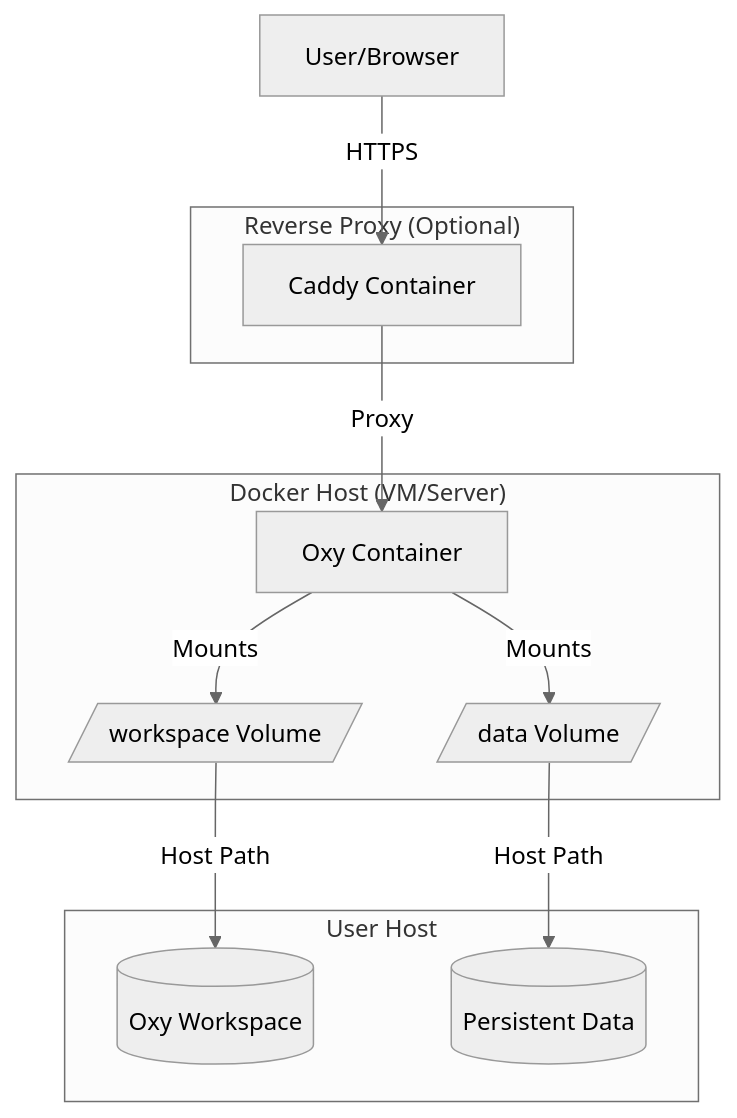
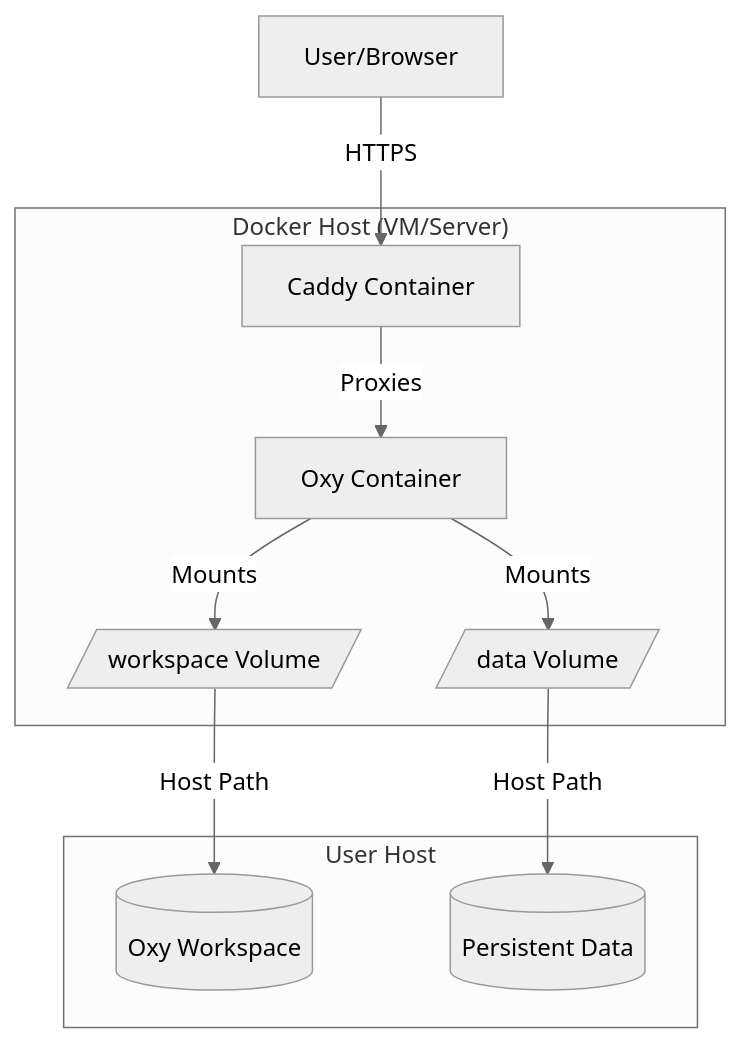
Before and after one commit to oxy-hq/oxy: the diagram in docs/deployment/docker.mdx, drawn with Mermaid (neutral theme). The commit also changed other lines of this file and 2 other files, not shown here.

````diff
--- a/docs/deployment/docker.mdx
+++ b/docs/deployment/docker.mdx
@@ -46,26 +56,23 @@
 ```mermaid
 flowchart TD
   subgraph User Host
     Workspace[(Oxy Workspace)]
     Data[(Persistent Data)]
   end
 
   subgraph DockerHost["Docker Host (VM/Server)"]
     Oxy[Oxy Container]
+    Caddy[Caddy Container]
     DataVol[/data Volume/]
     WorkspaceVol[/workspace Volume/]
     Oxy-->|Mounts|WorkspaceVol
     Oxy-->|Mounts|DataVol
-  end
-
-  subgraph ReverseProxy["Reverse Proxy (Optional)"]
-    Caddy[Caddy Container]
+    Caddy-->|Proxies|Oxy
   end
 
   User[User/Browser]
   User-->|HTTPS|Caddy
-  Caddy-->|Proxy|Oxy
 
   WorkspaceVol-->|Host Path|Workspace
   DataVol-->|Host Path|Data
 ```
````
